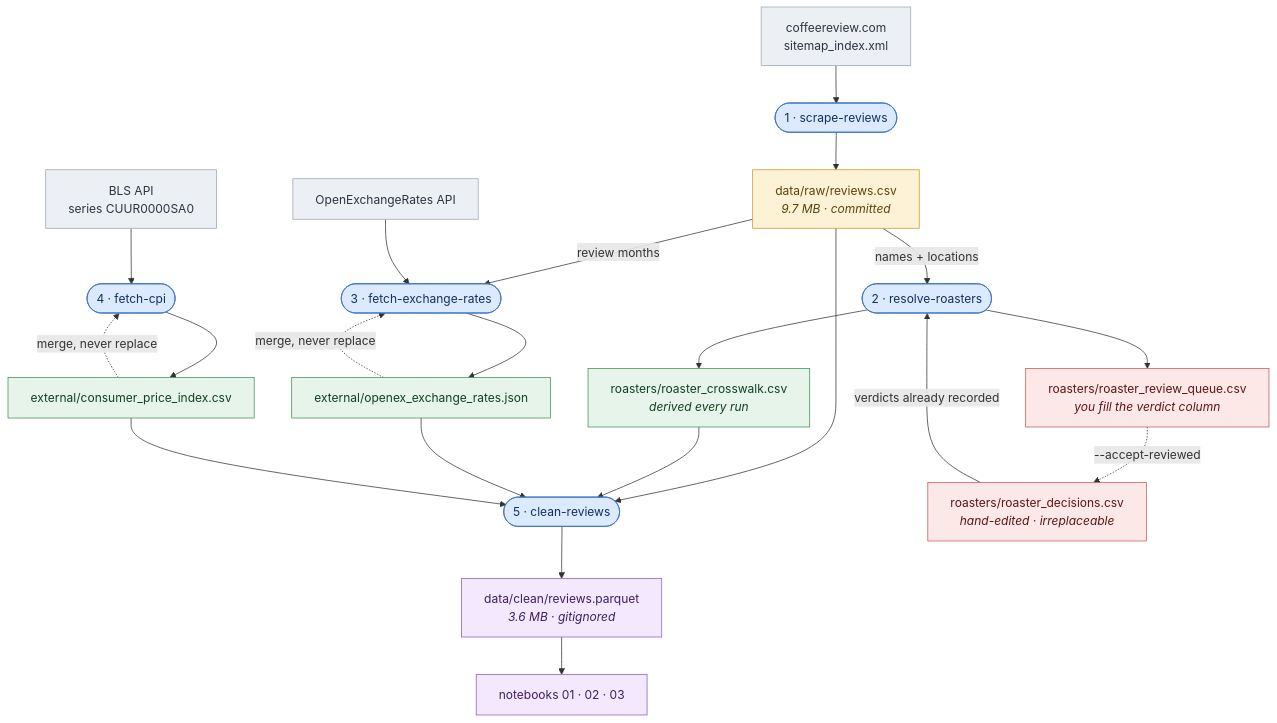
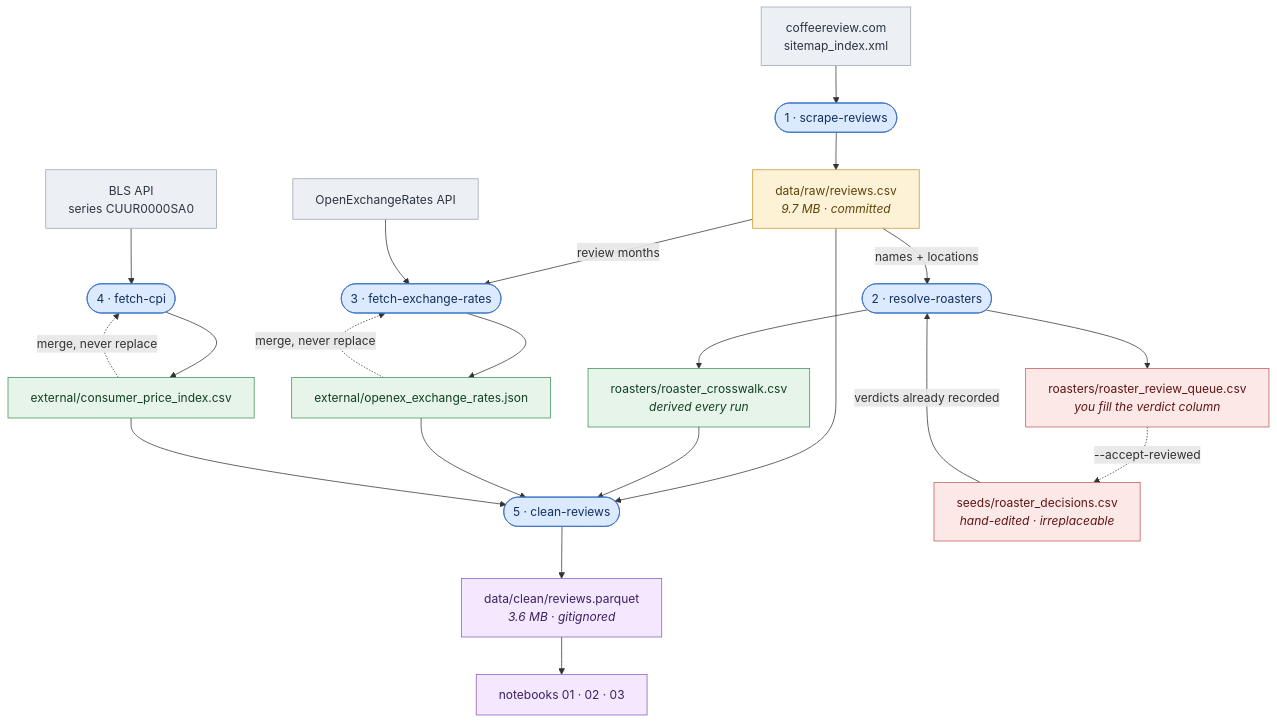
Before and after one commit to tynardone/coffee-review-analysis: the diagram in docs/data-flow.md, drawn with Mermaid. The commit also changed other lines of this file and 49 other files, not shown here.

````diff
--- a/docs/data-flow.md
+++ b/docs/data-flow.md
@@ -6,51 +6,51 @@
 ```mermaid
 flowchart TD
     classDef ext fill:#eceff4,stroke:#9aa5b1,color:#2b3440
     classDef cmd fill:#dbeafe,stroke:#3b72c4,color:#12305e
     classDef raw fill:#fdf1d6,stroke:#c99a2e,color:#5c4409
     classDef ref fill:#e6f4ea,stroke:#3f9257,color:#12401f
     classDef out fill:#f3e8fd,stroke:#8b5cc7,color:#3d2060
     classDef human fill:#fde8e8,stroke:#c25a5a,color:#5e1414
 
     SITE["coffeereview.com<br/>sitemap_index.xml"]:::ext
     OXR["OpenExchangeRates API"]:::ext
     BLSAPI["BLS API<br/>series CUUR0000SA0"]:::ext
 
     SCRAPE(["1 · scrape-reviews"]):::cmd
     RESOLVE(["2 · resolve-roasters"]):::cmd
     FXCMD(["3 · fetch-exchange-rates"]):::cmd
     CPICMD(["4 · fetch-cpi"]):::cmd
     CLEAN(["5 · clean-reviews"]):::cmd
 
     RAW["data/raw/reviews.csv<br/><i>9.7 MB · committed</i>"]:::raw
-    DEC["roasters/roaster_decisions.csv<br/><i>hand-edited · irreplaceable</i>"]:::human
+    DEC["seeds/roaster_decisions.csv<br/><i>hand-edited · irreplaceable</i>"]:::human
     QUEUE["roasters/roaster_review_queue.csv<br/><i>you fill the verdict column</i>"]:::human
     XWALK["roasters/roaster_crosswalk.csv<br/><i>derived every run</i>"]:::ref
     FX["external/openex_exchange_rates.json"]:::ref
     CPI["external/consumer_price_index.csv"]:::ref
     CLEANED["data/clean/reviews.parquet<br/><i>3.6 MB · gitignored</i>"]:::out
     NB["notebooks 01 · 02 · 03"]:::out
 
     SITE --> SCRAPE --> RAW
 
     RAW -- "names + locations" --> RESOLVE
     DEC -- "verdicts already recorded" --> RESOLVE
     RESOLVE --> XWALK
     RESOLVE --> QUEUE
     QUEUE -. "--accept-reviewed" .-> DEC
 
     RAW -- "review months" --> FXCMD
     OXR --> FXCMD
     FX -. "merge, never replace" .-> FXCMD
     FXCMD --> FX
 
     BLSAPI --> CPICMD
     CPI -. "merge, never replace" .-> CPICMD
     CPICMD --> CPI
 
     RAW --> CLEAN
     XWALK --> CLEAN
     FX --> CLEAN
     CPI --> CLEAN
     CLEAN --> CLEANED --> NB
 ```
````
